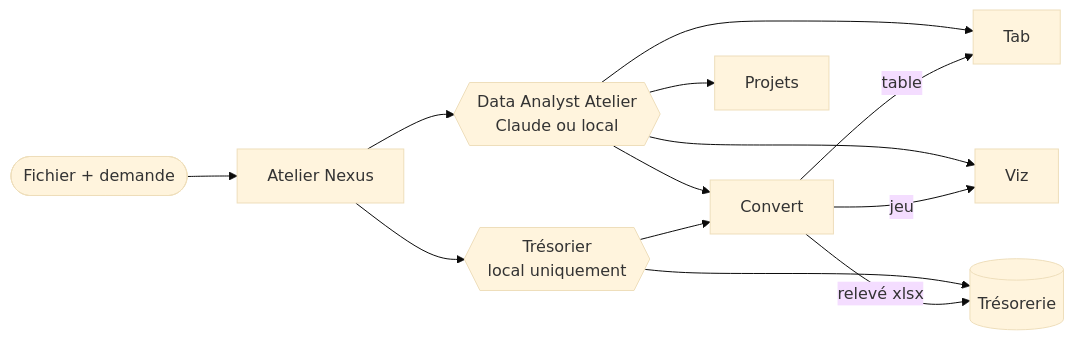
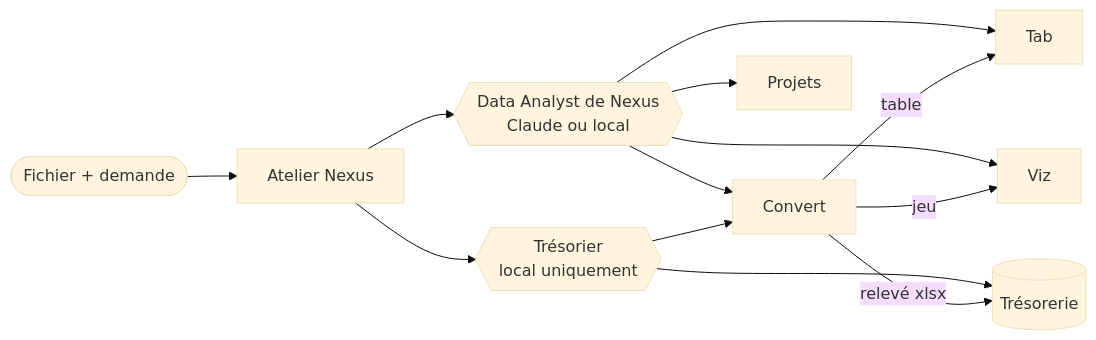
One commit to m6rdxc9g4t-beep/Agent_DatAnalyst changed the diagram in README.md. Above: the diagram before and after it, drawn with Mermaid (base theme). The commit also changed other lines of this file and 7 other files, not shown here.

First line of the commit message:
feat : compléter le Data Analyst de Nexus au lieu d'un second agent

````diff
--- a/README.md
+++ b/README.md
@@ -20,15 +20,15 @@
 ```mermaid
 flowchart LR
     U([Fichier + demande]) --> N[Atelier Nexus]
-    N --> DA{{Data Analyst Atelier<br/>Claude ou local}}
+    N --> DA{{Data Analyst de Nexus<br/>Claude ou local}}
     N --> T{{Trésorier<br/>local uniquement}}
     DA --> C[Convert]
     DA --> V[Viz]
     DA --> TB[Tab]
     DA --> P[Projets]
     T --> C
     T --> TR[(Trésorerie)]
     C -->|table| TB
     C -->|jeu| V
     C -->|relevé xlsx| TR
 ```
````
